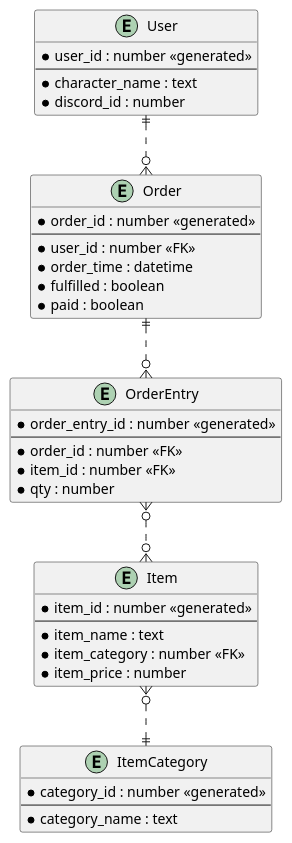
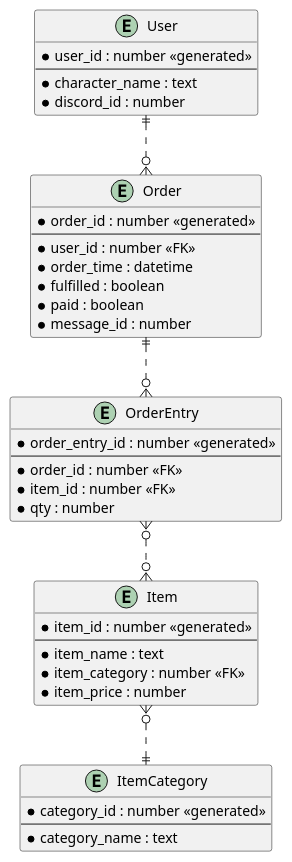
One commit to msadowskigraduate/unafamilia changed the diagram in docs/order_bot_entity_relationship_diagram.puml. Above: the diagram before and after it, drawn with PlantUML.

Commit message:
add message_id to Order entity

```diff
--- a/docs/order_bot_entity_relationship_diagram.puml
+++ b/docs/order_bot_entity_relationship_diagram.puml
@@ -1,46 +1,47 @@
 @startuml
 entity "User" as user {
     *user_id : number <<generated>>
     --
     *character_name : text
     *discord_id : number
 }
 
 entity "Order" as order {
     *order_id : number <<generated>>
     --
     *user_id : number <<FK>>
     *order_time : datetime
     *fulfilled : boolean
     *paid : boolean
+    *message_id : number
 }
 
 entity "OrderEntry" as order_entry{
     *order_entry_id : number <<generated>>
     --
     *order_id : number <<FK>>
     *item_id : number <<FK>>
     *qty : number
 }
 
 entity "Item" as item {
     *item_id : number <<generated>>
     --
     *item_name : text
     *item_category : number <<FK>>
     *item_price : number
 }
 
 entity "ItemCategory" as item_category {
     *category_id : number <<generated>>
     --
     *category_name : text
 }
 
 
 user ||..o{ order
 order ||..o{ order_entry
 order_entry }o..o{ item
 item }o..|| item_category
 
 @enduml
```
